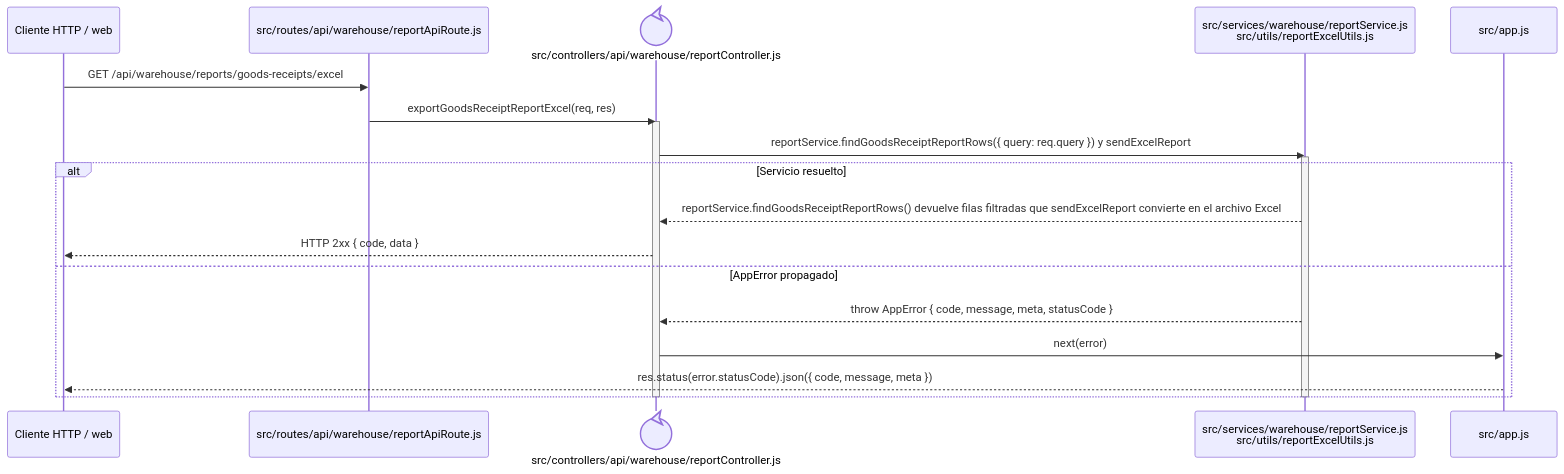
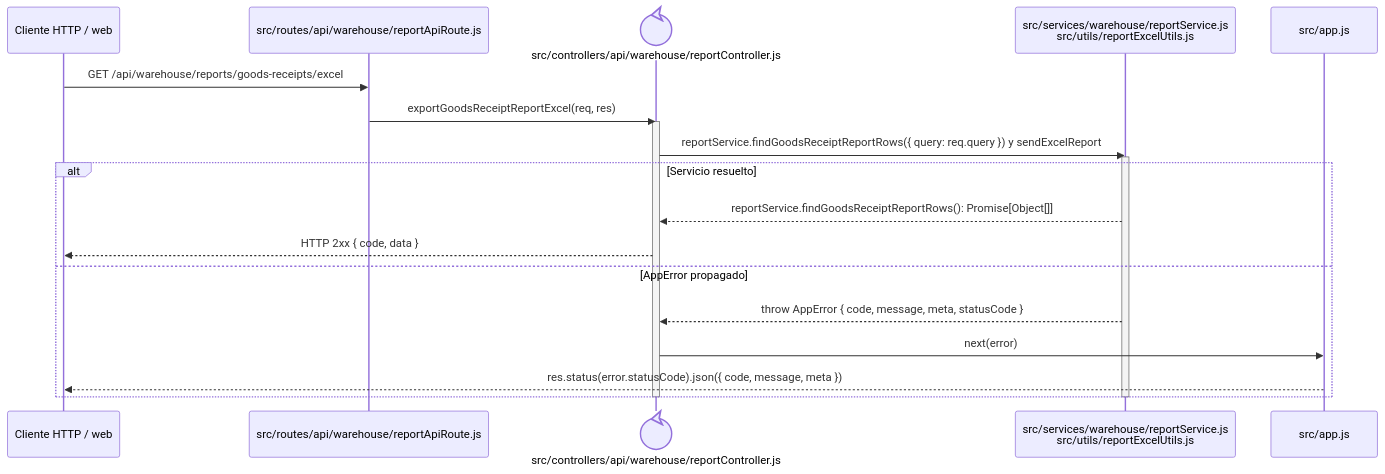
One commit to gpgsistemas01/nexus changed the diagram in docs/architecture/backend-code-sequences/purchases/cu-ent-06.md. Above: the diagram before and after it, drawn with Mermaid. The commit also changed 146 other files, not shown here.

````diff
--- a/docs/architecture/backend-code-sequences/purchases/cu-ent-06.md
+++ b/docs/architecture/backend-code-sequences/purchases/cu-ent-06.md
@@ -6,24 +6,24 @@
 ```mermaid
 sequenceDiagram
     participant Client as Cliente HTTP / web
     participant Route as src/routes/api/warehouse/reportApiRoute.js
     participant Controller@{ "type": "control" } as src/controllers/api/warehouse/reportController.js
     participant Domain as src/services/warehouse/reportService.js<br/>src/utils/reportExcelUtils.js
     participant ErrorHandler as src/app.js
 
     Client->>Route: GET /api/warehouse/reports/goods-receipts/excel
     Route->>Controller: exportGoodsReceiptReportExcel(req, res)
     activate Controller
     Controller->>Domain: reportService.findGoodsReceiptReportRows({ query: req.query }) y sendExcelReport
     activate Domain
     alt Servicio resuelto
-        Domain-->>Controller: reportService.findGoodsReceiptReportRows() devuelve filas filtradas que sendExcelReport convierte en el archivo Excel
+        Domain-->>Controller: reportService.findGoodsReceiptReportRows(): Promise[Object[]]
         Controller-->>Client: HTTP 2xx { code, data }
     else AppError propagado
         Domain-->>Controller: throw AppError { code, message, meta, statusCode }
         Controller->>ErrorHandler: next(error)
         ErrorHandler-->>Client: res.status(error.statusCode).json({ code, message, meta })
     end
     deactivate Domain
     deactivate Controller
 ```
````
